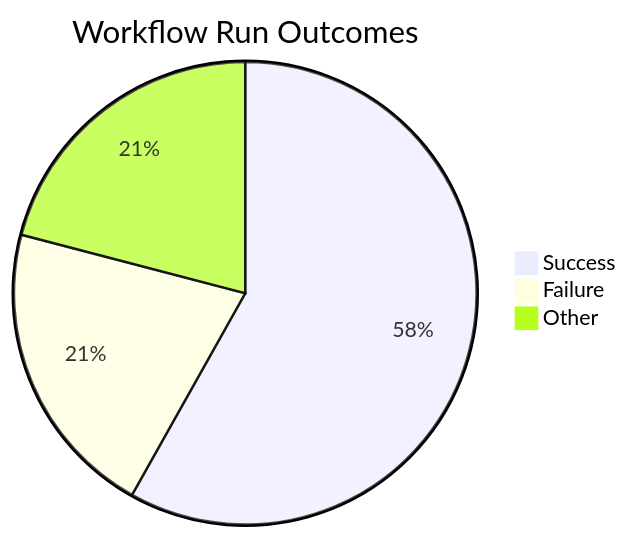
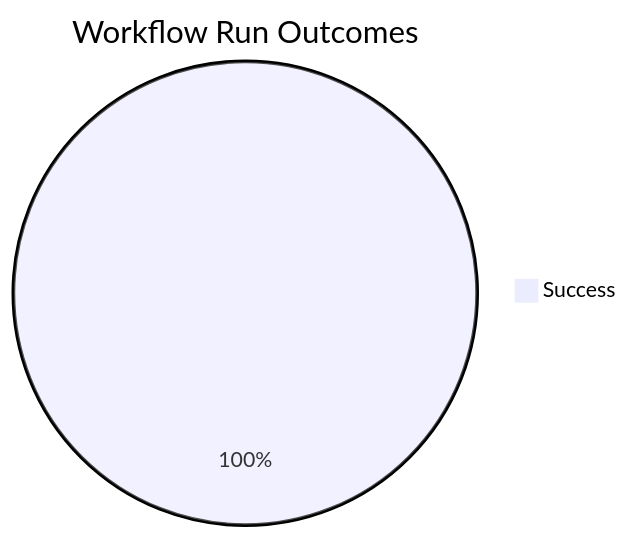
Before and after one commit to ukma-cs-ssdm-2025/rate-ukma: the first of 4 diagrams in docs/ci-cd/dora-summary.md, drawn with Mermaid. The commit also changed other lines of this file, not shown here.

````diff
--- a/docs/ci-cd/dora-summary.md
+++ b/docs/ci-cd/dora-summary.md
@@ -22,6 +22,4 @@
 ```mermaid
 pie title Workflow Run Outcomes
-    "Success" : 25
-    "Failure" : 9
-    "Other" : 9
+    "Success" : 2
 ```
````
